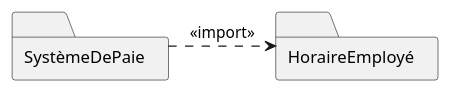
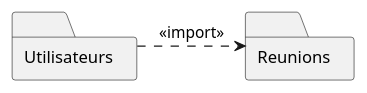
Before and after one commit to gigl-uml/Guide_uml_polymtl: the diagram in plant_uml/importRelationPackage.plantuml, drawn with PlantUML. The commit also changed 4 other files, not shown here.

```diff
--- a/plant_uml/importRelationPackage.plantuml
+++ b/plant_uml/importRelationPackage.plantuml
@@ -1,13 +1,13 @@
 @startuml
 hide circle
 skinparam backgroundcolor transparent
 allow_mixing
 skinparam classAttributeIconSize 0
 
-folder SystèmeDePaie
-folder HoraireEmployé
+folder Utilisateurs
+folder Reunions
 
-SystèmeDePaie.>HoraireEmployé:<<import>>
+Utilisateurs.>Reunions:<<import>>
 
 
 @enduml
```
